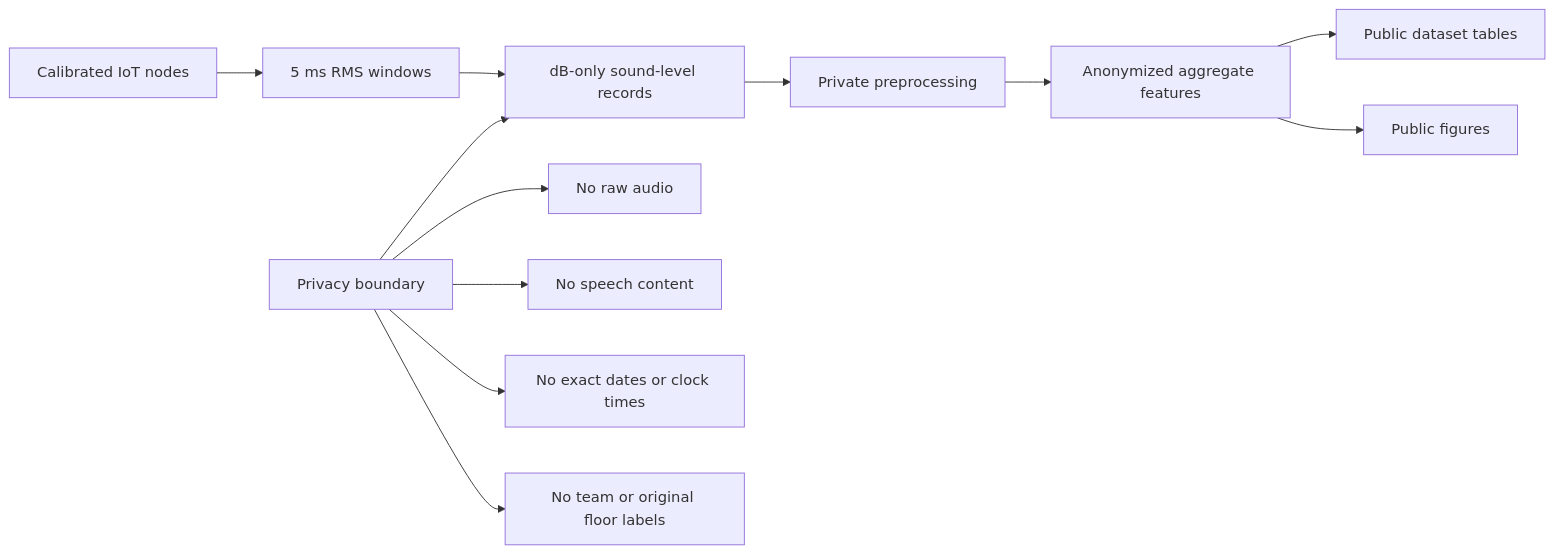
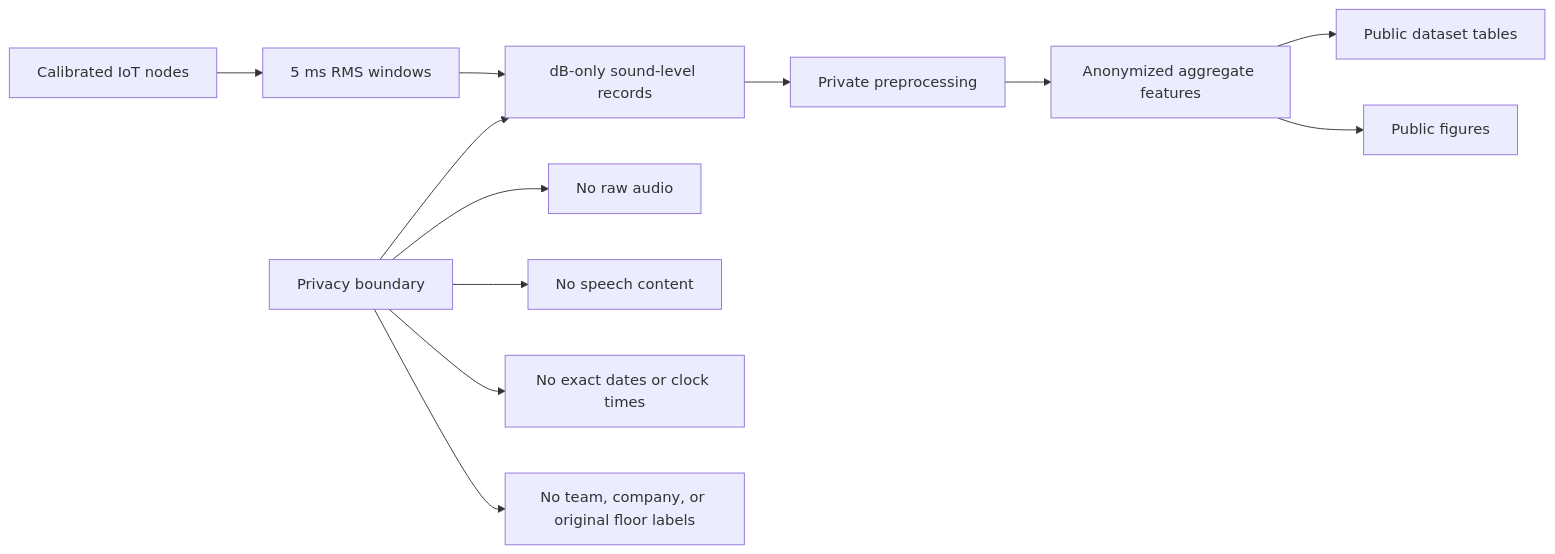
One commit to Pouya-Mansournia/acoustic-exposure-dynamics-dataset changed the diagram in README.md. Above: the diagram before and after it, drawn with Mermaid. The commit also changed other lines of this file and 75 other files, not shown here.

````diff
--- a/README.md
+++ b/README.md
@@ -44,15 +44,15 @@
 ```mermaid
 flowchart LR
     A["Calibrated IoT nodes"] --> B["5 ms RMS windows"]
     B --> C["dB-only sound-level records"]
     C --> D["Private preprocessing"]
     D --> E["Anonymized aggregate features"]
     E --> F["Public dataset tables"]
     E --> G["Public figures"]
 
     H["Privacy boundary"] --> C
     H --> I["No raw audio"]
     H --> J["No speech content"]
     H --> K["No exact dates or clock times"]
-    H --> L["No team or original floor labels"]
+    H --> L["No team, company, or original floor labels"]
 ```
````
